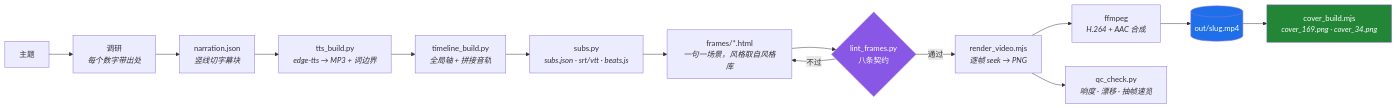
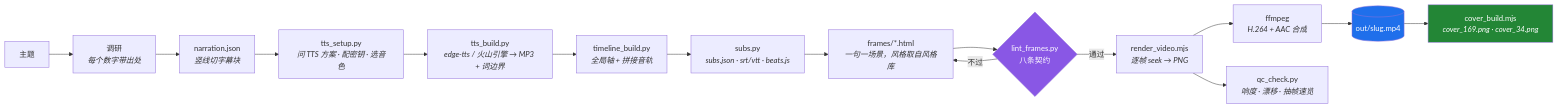
One commit to OneMoh/html-explainer changed the diagram in README.md. Above: the diagram before and after it, drawn with Mermaid. The commit also changed other lines of this file and 15 other files, not shown here.

````diff
--- a/README.md
+++ b/README.md
@@ -166,20 +233,21 @@
 ```mermaid
 flowchart LR
     A["主题"] --> B["调研<br/><i>每个数字带出处</i>"]
-    B --> C["narration.json<br/><i>竖线切字幕块</i>"]
-    C --> D["tts_build.py<br/><i>edge-tts → MP3 + 词边界</i>"]
+    B -->     C["narration.json<br/><i>竖线切字幕块</i>"]
+    C --> S["tts_setup.py<br/><i>问 TTS 方案 · 配密钥 · 选音色</i>"]
+    S --> D["tts_build.py<br/><i>edge-tts / 火山引擎 → MP3 + 词边界</i>"]
     D --> E["timeline_build.py<br/><i>全局轴 + 拼接音轨</i>"]
     E --> F["subs.py<br/><i>subs.json · srt/vtt · beats.js</i>"]
     F --> G["frames/*.html<br/><i>一句一场景，风格取自风格库</i>"]
     G --> H{"lint_frames.py<br/>八条契约"}
     H -->|不过| G
     H -->|通过| I["render_video.mjs<br/><i>逐帧 seek → PNG</i>"]
     I --> J["ffmpeg<br/><i>H.264 + AAC 合成</i>"]
     J --> K[("out/slug.mp4")]
     I --> L["qc_check.py<br/><i>响度 · 漂移 · 抽帧速览</i>"]
     K --> M["cover_build.mjs<br/><i>cover_169.png · cover_34.png</i>"]
 
     style K fill:#1f6feb,color:#fff
     style H fill:#8957e5,color:#fff
     style M fill:#238636,color:#fff
 ```
````
